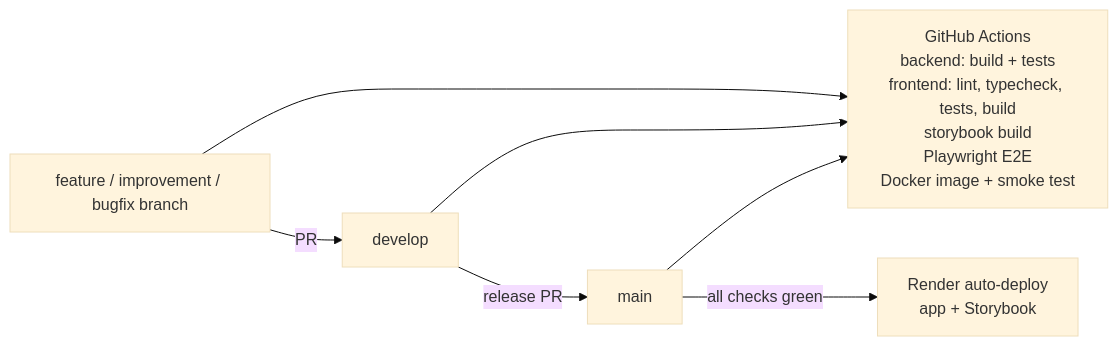
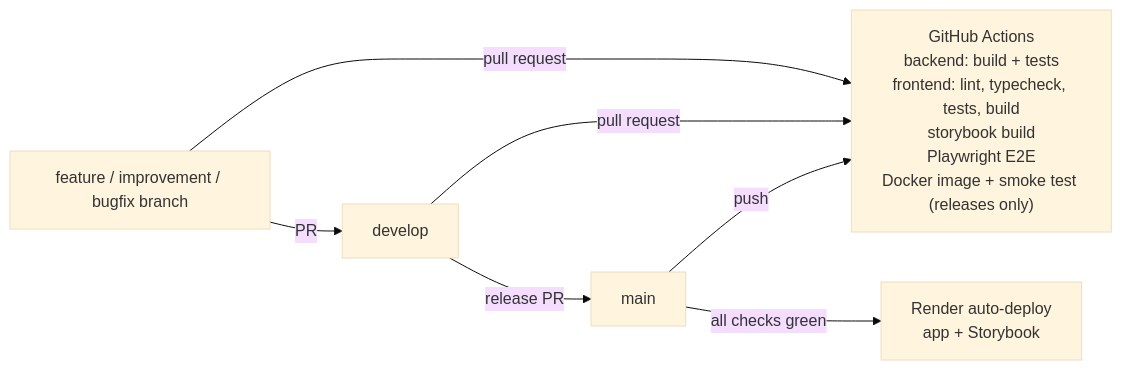
Before and after one commit to yuliaBiriukova/PupBudgetPlanner: the third of 3 diagrams in docs/ARCHITECTURE.md, drawn with Mermaid (base theme). The commit also changed other lines of this file and 7 other files, not shown here.

Commit message:
I-031: Check each change once in CI: no run on develop pushes or docs-only PRs, Docker image for releases

````diff
--- a/docs/ARCHITECTURE.md
+++ b/docs/ARCHITECTURE.md
@@ -266,7 +266,8 @@
 ```mermaid
 flowchart LR
     F["feature / improvement / bugfix branch"] -->|PR| D[develop]
     D -->|release PR| M[main]
-    F & D & M --> CI["GitHub Actions<br/>backend: build + tests<br/>frontend: lint, typecheck, tests, build<br/>storybook build<br/>Playwright E2E<br/>Docker image + smoke test"]
+    F & D -->|"pull request"| CI["GitHub Actions<br/>backend: build + tests<br/>frontend: lint, typecheck, tests, build<br/>storybook build<br/>Playwright E2E<br/>Docker image + smoke test (releases only)"]
+    M -->|push| CI
     M -->|"all checks green"| R["Render auto-deploy<br/>app + Storybook"]
 ```
````
